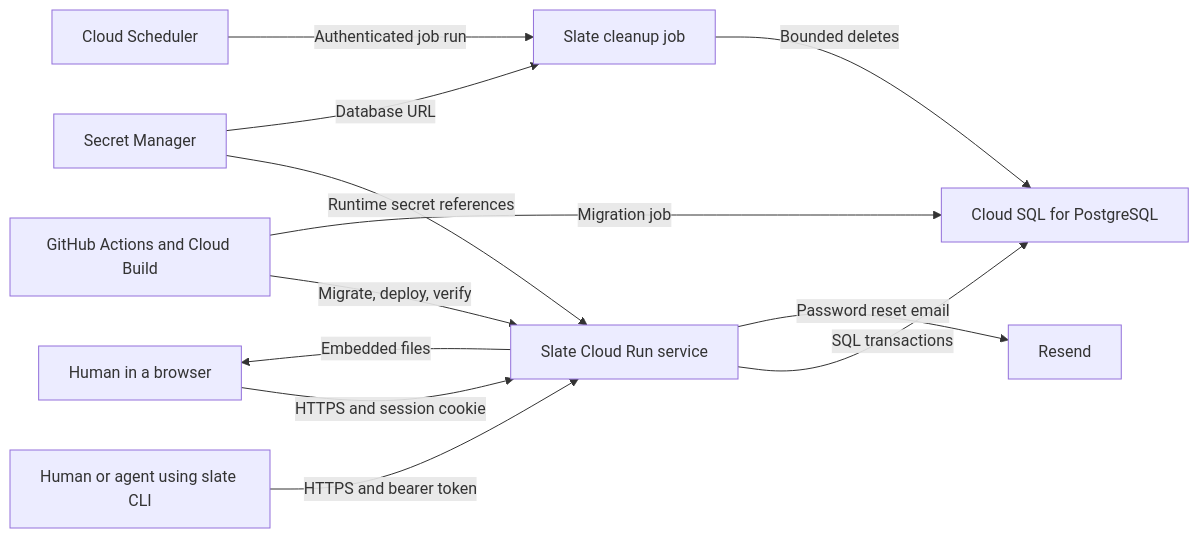
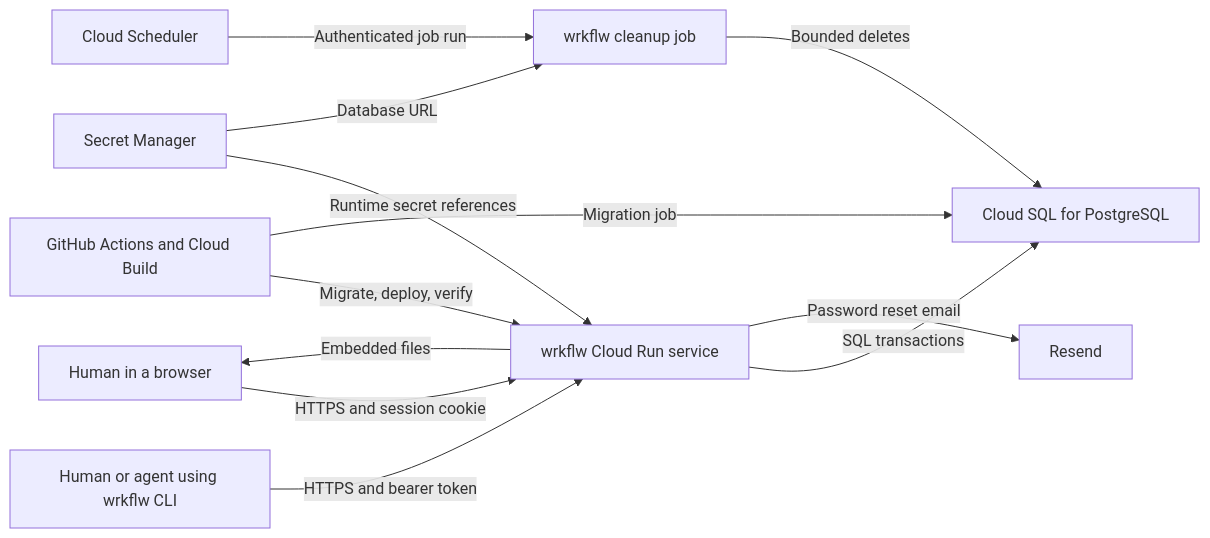
Before and after one commit to utachicodes/wrkflw: the first of 2 diagrams in ARCHITECTURE.md, drawn with Mermaid. The commit also changed other lines of this file, not shown here.

````diff
--- a/ARCHITECTURE.md
+++ b/ARCHITECTURE.md
@@ -21,14 +21,14 @@
 ```mermaid
 flowchart LR
-    Human["Human in a browser"] -->|HTTPS and session cookie| Web["Slate Cloud Run service"]
-    CLI["Human or agent using slate CLI"] -->|HTTPS and bearer token| Web
+    Human["Human in a browser"] -->|HTTPS and session cookie| Web["wrkflw Cloud Run service"]
+    CLI["Human or agent using wrkflw CLI"] -->|HTTPS and bearer token| Web
     Web -->|SQL transactions| DB["Cloud SQL for PostgreSQL"]
     Web -->|Password reset email| Resend["Resend"]
     Web -->|Embedded files| Human
-    Scheduler["Cloud Scheduler"] -->|Authenticated job run| Cleanup["Slate cleanup job"]
+    Scheduler["Cloud Scheduler"] -->|Authenticated job run| Cleanup["wrkflw cleanup job"]
     Cleanup -->|Bounded deletes| DB
     Build["GitHub Actions and Cloud Build"] -->|Migrate, deploy, verify| Web
     Build -->|Migration job| DB
     Secrets["Secret Manager"] -->|Runtime secret references| Web
     Secrets -->|Database URL| Cleanup
 ```
````
